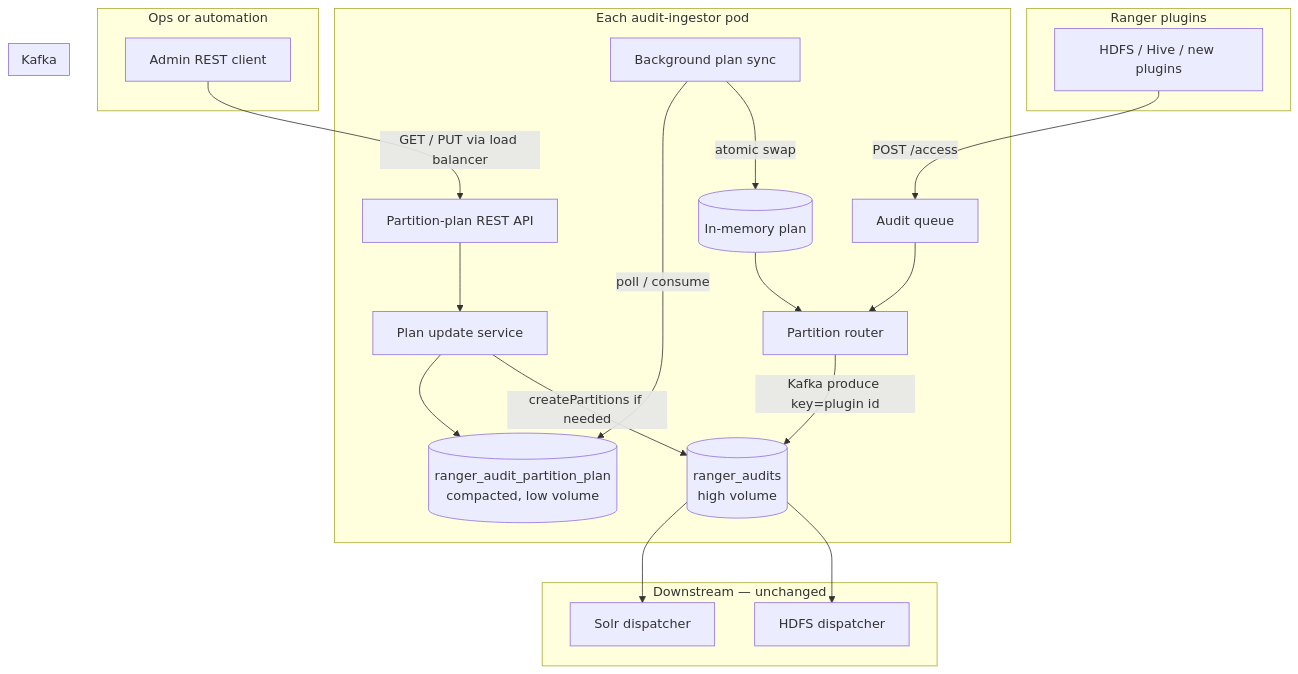
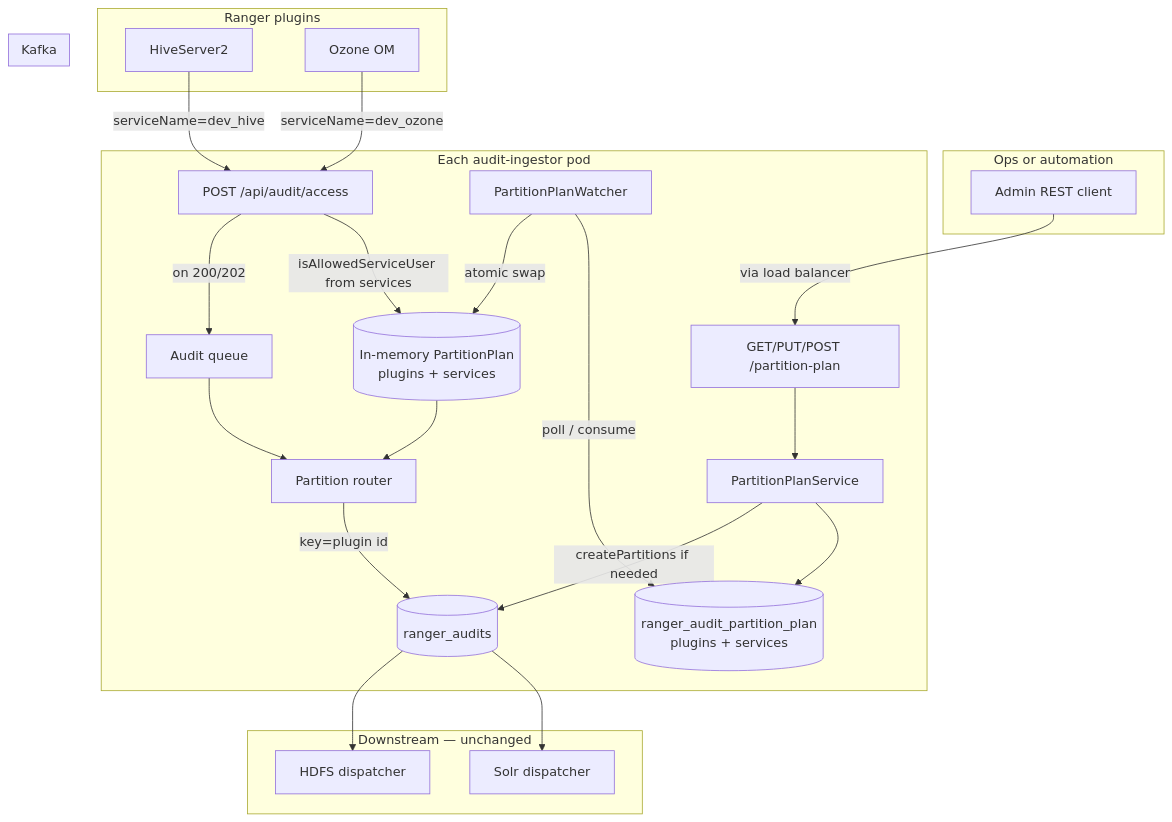
The second of 4 diagrams in audit-server/README-KAFKA-DYNAMIC-PARTITIONING-GUIDE.md (ramackri/ranger), drawn with Mermaid before and after one commit. The commit also changed other lines of this file and 23 other files, not shown here.

First line of the commit message:
RANGER: Unify service allowlist into dynamic partition plan registry.

````diff
--- a/audit-server/README-KAFKA-DYNAMIC-PARTITIONING-GUIDE.md
+++ b/audit-server/README-KAFKA-DYNAMIC-PARTITIONING-GUIDE.md
@@ -223,43 +246,48 @@
 ```mermaid
 flowchart TB
   subgraph plugins [Ranger plugins]
-    PluginIn[HDFS / Hive / new plugins]
+    HS2[HiveServer2]
+    OM[Ozone OM]
   end
 
   subgraph ops [Ops or automation]
     Admin[Admin REST client]
   end
 
   subgraph ingestor [Each audit-ingestor pod]
-    REST[Partition-plan REST API]
-    Svc[Plan update service]
-    Watcher[Background plan sync]
-    Mem[(In-memory plan)]
+    Access["POST /api/audit/access"]
+    REST["GET/PUT/POST /partition-plan"]
+    Svc[PartitionPlanService]
+    Watcher[PartitionPlanWatcher]
+    Mem[(In-memory PartitionPlan<br/>plugins + services)]
     Part[Partition router]
     Queue[Audit queue]
 
     REST --> Svc
     Svc --> PlanTopic
     Watcher -->|poll / consume| PlanTopic
     Watcher -->|atomic swap| Mem
+    HS2 -->|serviceName=dev_hive| Access
+    OM -->|serviceName=dev_ozone| Access
+    Access -->|isAllowedServiceUser from services| Mem
+    Access -->|on 200/202| Queue
     Mem --> Part
-    PluginIn -->|POST /access| Queue
     Queue --> Part
-    Part -->|Kafka produce key=plugin id| AuditTopic
+    Part -->|key=plugin id| AuditTopic
   end
 
   subgraph kafka [Kafka]
-    PlanTopic[(ranger_audit_partition_plan<br/>compacted, low volume)]
-    AuditTopic[(ranger_audits<br/>high volume)]
+    PlanTopic[(ranger_audit_partition_plan<br/>plugins + services)]
+    AuditTopic[(ranger_audits)]
   end
 
   subgraph consumers [Downstream — unchanged]
     Solr[Solr dispatcher]
     HDFSdisp[HDFS dispatcher]
   end
 
-  Admin -->|GET / PUT via load balancer| REST
+  Admin -->|via load balancer| REST
   Svc -->|createPartitions if needed| AuditTopic
   AuditTopic --> Solr
   AuditTopic --> HDFSdisp
 ```
````
